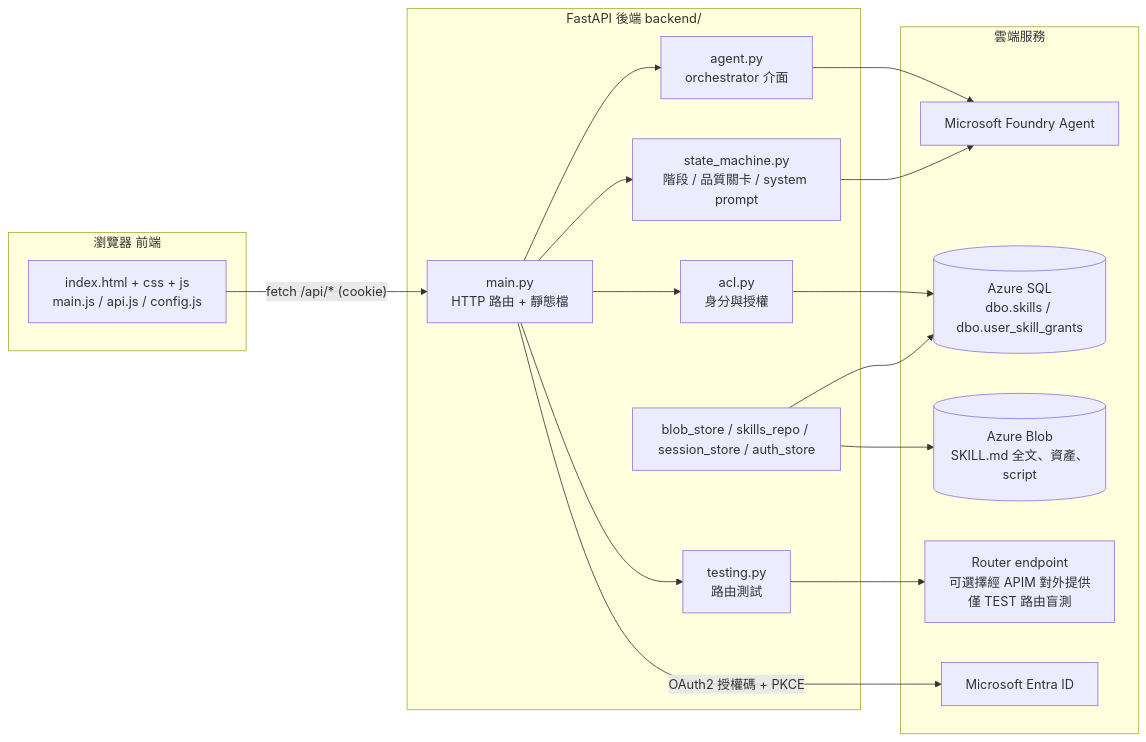
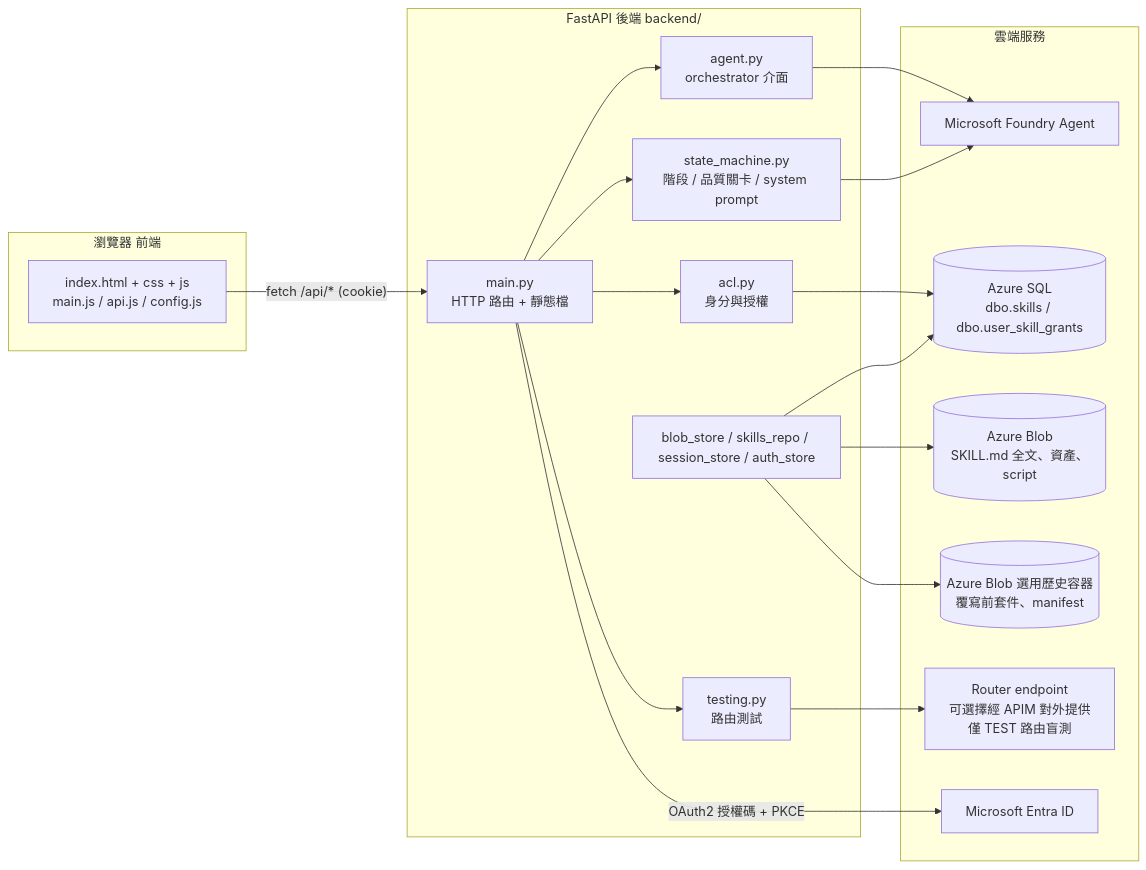
The first of 3 diagrams in docs/03-architecture.md (georgeliang0821/foundry-skill-generator-v3), drawn with Mermaid before and after one commit. The commit also changed other lines of this file and 7 other files, not shown here.

````diff
--- a/docs/03-architecture.md
+++ b/docs/03-architecture.md
@@ -12,32 +12,34 @@
 ```mermaid
 flowchart LR
     subgraph Browser[瀏覽器 前端]
         UI[index.html + css + js<br/>main.js / api.js / config.js]
     end
 
     subgraph Backend[FastAPI 後端 backend/]
         API[main.py<br/>HTTP 路由 + 靜態檔]
         AG[agent.py<br/>orchestrator 介面]
         SM[state_machine.py<br/>階段 / 品質關卡 / system prompt]
         TS[testing.py<br/>路由測試]
         ACL[acl.py<br/>身分與授權]
         STORES[blob_store / skills_repo / session_store / auth_store]
     end
 
     subgraph Cloud[雲端服務]
         FND[Microsoft Foundry Agent]
         SQL[(Azure SQL<br/>dbo.skills / dbo.user_skill_grants)]
         BLOB[(Azure Blob<br/>SKILL.md 全文、資產、script)]
+        HISTORY[(Azure Blob 選用歷史容器<br/>覆寫前套件、manifest)]
         ROUTER[Router endpoint<br/>可選擇經 APIM 對外提供<br/>僅 TEST 路由盲測]
         ENTRA[Microsoft Entra ID]
     end
 
     UI -- fetch /api/* (cookie) --> API
     API --> AG --> FND
     API --> SM --> FND
     API --> TS --> ROUTER
     API --> ACL --> SQL
     STORES --> SQL
     STORES --> BLOB
+    STORES --> HISTORY
     API -- OAuth2 授權碼 + PKCE --> ENTRA
 ```
````
